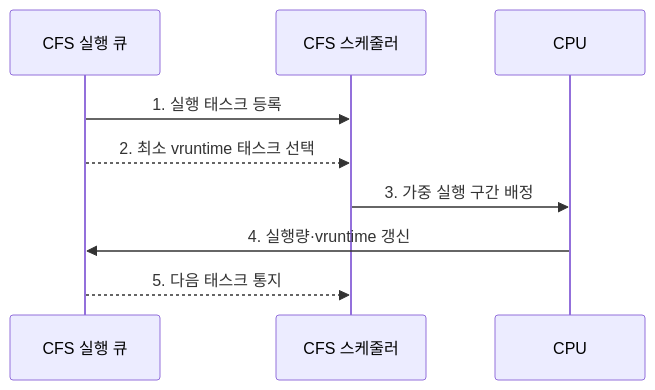
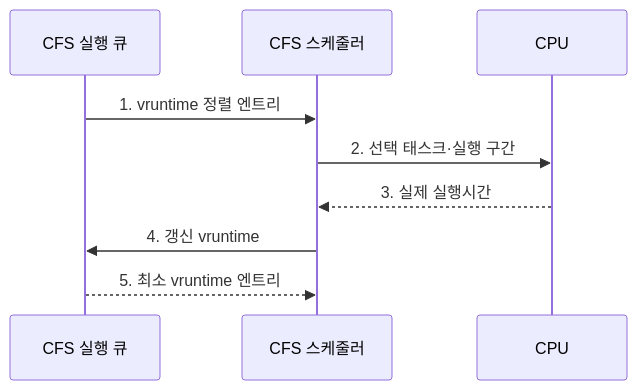
One commit to agnusdei1207/knowledge-base changed the second of 2 diagrams in src/content/docs/notes/03-software/006_cfs.md. Above: the diagram before and after it, drawn with Mermaid. The commit also changed other lines of this file and 20 other files, not shown here.

````diff
--- a/src/content/docs/notes/03-software/006_cfs.md
+++ b/src/content/docs/notes/03-software/006_cfs.md
@@ -99,11 +92,11 @@
 ```mermaid
 sequenceDiagram
     participant Q as CFS 실행 큐
     participant S as CFS 스케줄러
     participant C as CPU
-    Q->>S: 1. 실행 태스크 등록
-    Q-->>S: 2. 최소 vruntime 태스크 선택
-    S->>C: 3. 가중 실행 구간 배정
-    C->>Q: 4. 실행량·vruntime 갱신
-    Q-->>S: 5. 다음 태스크 통지
+    Q->>S: 1. vruntime 정렬 엔트리
+    S->>C: 2. 선택 태스크·실행 구간
+    C-->>S: 3. 실제 실행시간
+    S->>Q: 4. 갱신 vruntime
+    Q-->>S: 5. 최소 vruntime 엔트리
 ```
````
